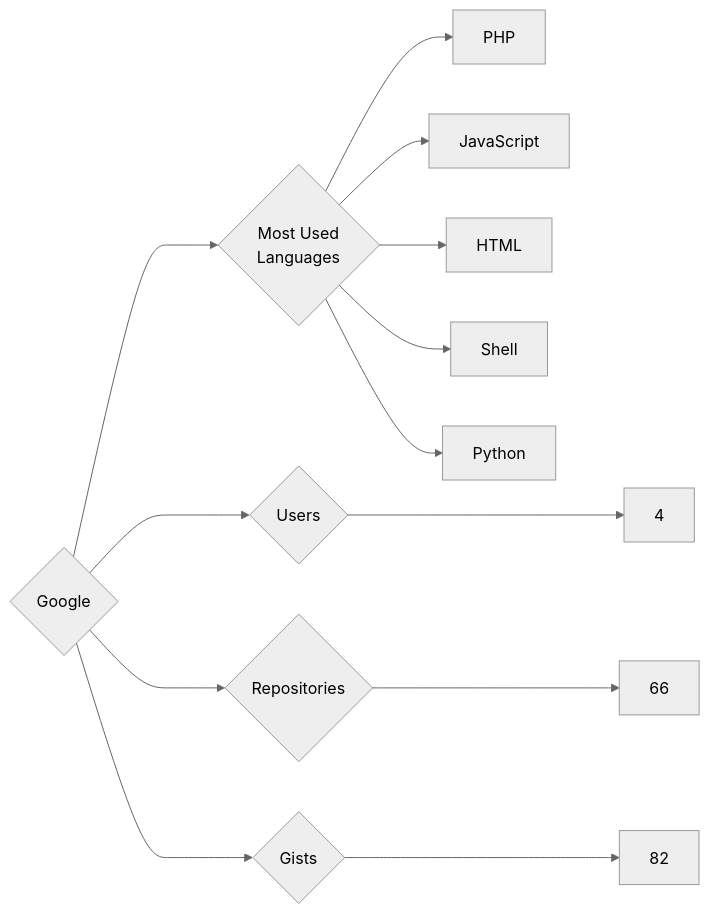
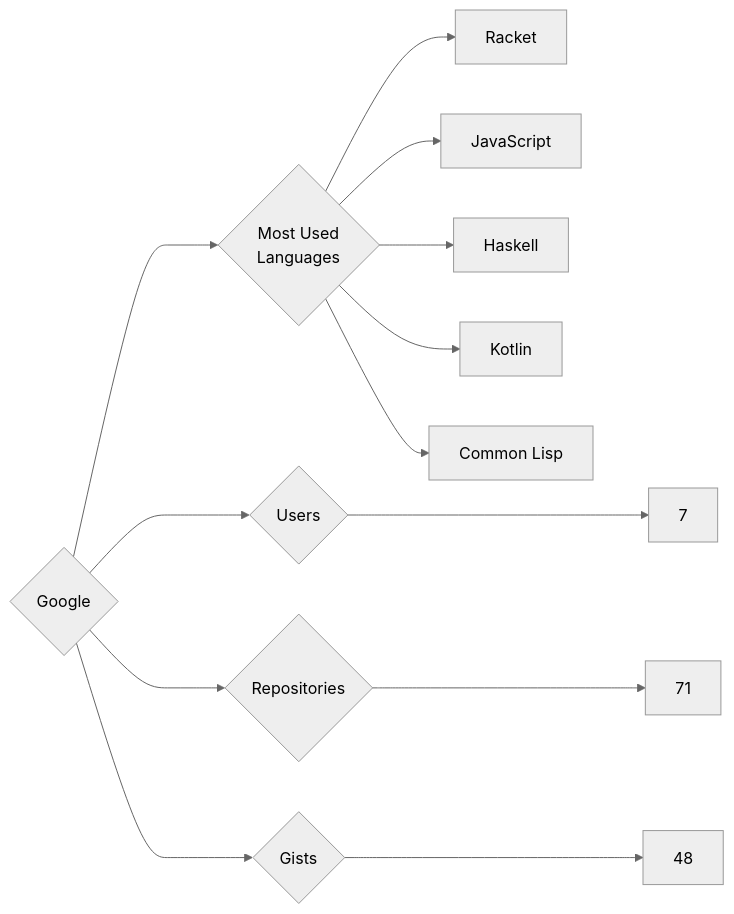
The diagram in targets/Google/README.md (trickest/insiders), drawn with Mermaid (neutral theme) before and after one commit. The commit also changed 1166 other files, not shown here.

````diff
--- a/targets/Google/README.md
+++ b/targets/Google/README.md
@@ -3,13 +3,13 @@
 ```mermaid
 graph LR
 COMPANY_NAME{Google}
-COMPANY_NAME ---> U{Users} ---> UN[4]
-COMPANY_NAME ---> R{Repositories} ---> RN[66]
-COMPANY_NAME ---> G{Gists} ---> GN[82]
+COMPANY_NAME ---> U{Users} ---> UN[7]
+COMPANY_NAME ---> R{Repositories} ---> RN[71]
+COMPANY_NAME ---> G{Gists} ---> GN[48]
 COMPANY_NAME ---> ML{Most Used<br>Languages}
-ML --> PHP[PHP]
+ML --> Racket[Racket]
 ML --> JavaScript[JavaScript]
-ML --> HTML[HTML]
-ML --> Shell[Shell]
-ML --> Python[Python]
+ML --> Haskell[Haskell]
+ML --> Kotlin[Kotlin]
+ML --> Common_Lisp[Common Lisp]
 ```
````
